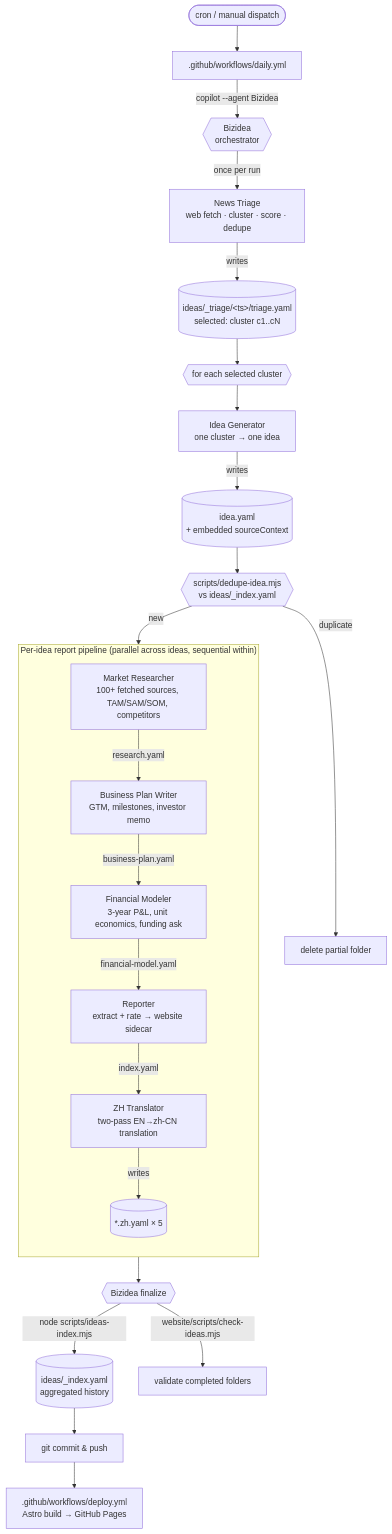
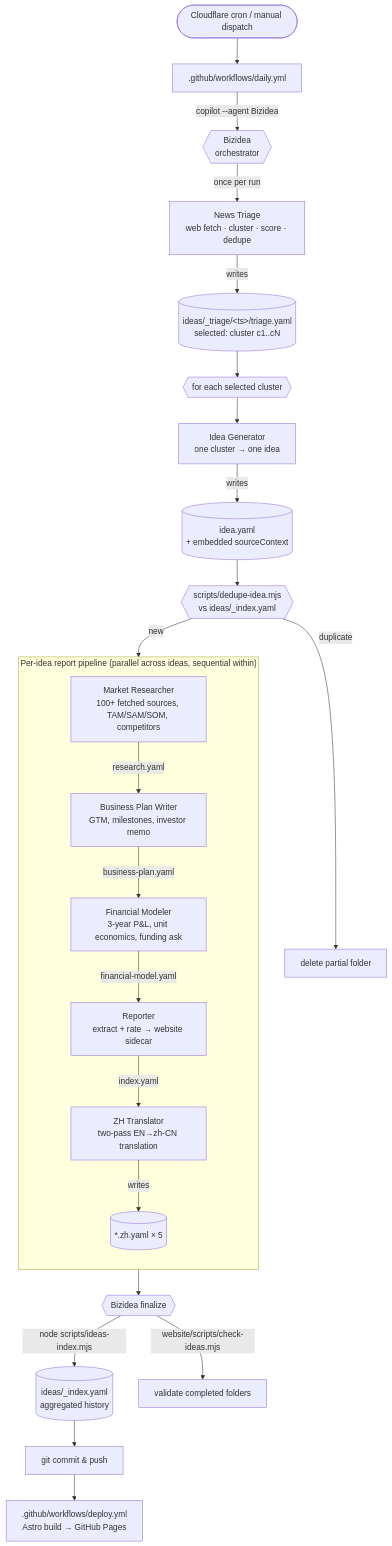
The diagram in README.md (vibewatch/bizidea), drawn with Mermaid before and after one commit. The commit also changed other lines of this file and 5 other files, not shown here.

````diff
--- a/README.md
+++ b/README.md
@@ -13,30 +13,30 @@
 ```mermaid
 flowchart TD
-  cron([cron / manual dispatch]) --> wf[".github/workflows/daily.yml"]
+  cron([Cloudflare cron / manual dispatch]) --> wf[".github/workflows/daily.yml"]
     wf -->|"copilot --agent Bizidea"| orch{{"Bizidea<br/>orchestrator"}}
 
     orch -->|"once per run"| triage["News Triage<br/>web fetch · cluster · score · dedupe"]
     triage -->|"writes"| triageFile[("ideas/_triage/&lt;ts&gt;/triage.yaml<br/>selected: cluster c1..cN")]
 
     triageFile --> fanout{{"for each selected cluster"}}
     fanout --> idea["Idea Generator<br/>one cluster &rarr; one idea"]
     idea -->|"writes"| ideaFile[("idea.yaml<br/>+ embedded sourceContext")]
     ideaFile --> dedup{{"scripts/dedupe-idea.mjs<br/>vs ideas/_index.yaml"}}
     dedup -->|"duplicate"| drop["delete partial folder"]
     dedup -->|"new"| pipeline
 
     subgraph pipeline ["Per-idea report pipeline (parallel across ideas, sequential within)"]
         direction TB
         mr["Market Researcher<br/>100+ fetched sources, TAM/SAM/SOM, competitors"] -->|"research.yaml"| bp["Business Plan Writer<br/>GTM, milestones, investor memo"]
         bp -->|"business-plan.yaml"| fm["Financial Modeler<br/>3-year P&amp;L, unit economics, funding ask"]
         fm -->|"financial-model.yaml"| rep["Reporter<br/>extract + rate &rarr; website sidecar"]
         rep -->|"index.yaml"| zh["ZH Translator<br/>two-pass EN&rarr;zh-CN translation"]
         zh -->|"writes"| zhFiles[("*.zh.yaml &times; 5")]
     end
 
     zhFiles --> finalize{{"Bizidea finalize"}}
     finalize -->|"node scripts/ideas-index.mjs"| indexFile[("ideas/_index.yaml<br/>aggregated history")]
     finalize -->|"website/scripts/check-ideas.mjs"| validate["validate completed folders"]
     indexFile --> push["git commit &amp; push"]
     push --> deploy[".github/workflows/deploy.yml<br/>Astro build &rarr; GitHub Pages"]
 ```
````
